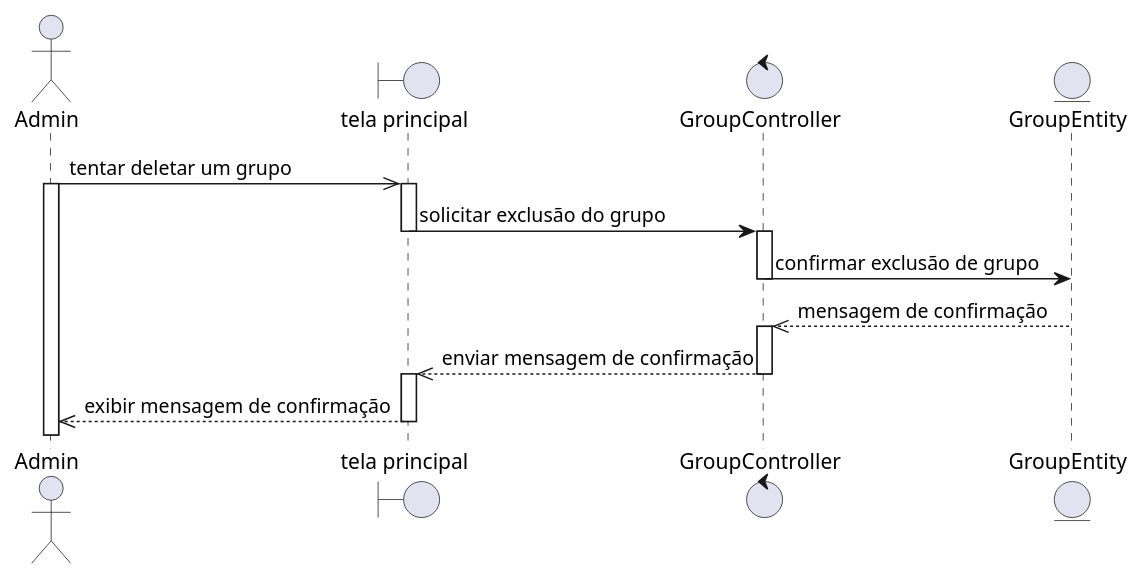
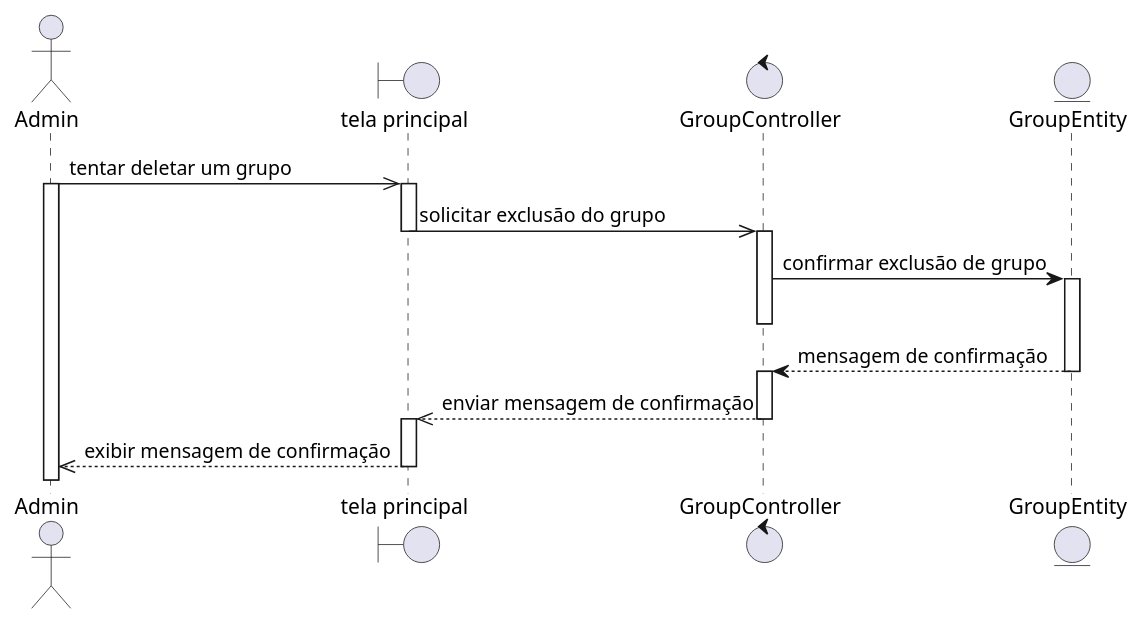
The diagram in sequence/admin/group.delete.seq.wsd (rodrigoRolim/CAdiagrams), drawn with PlantUML before and after one commit. The commit also changed 56 other files, not shown here.

Commit message:
diagrams

```diff
--- a/sequence/admin/group.delete.seq.wsd
+++ b/sequence/admin/group.delete.seq.wsd
@@ -1,22 +1,24 @@
 @startuml
 actor Admin
 boundary "tela principal" as grupo
 control GroupController
 entity GroupEntity
 
 Admin ->> grupo: tentar deletar um grupo
 activate Admin
 activate grupo
-grupo -> GroupController: solicitar exclusão do grupo
+grupo ->> GroupController: solicitar exclusão do grupo
 deactivate grupo
 activate GroupController
 GroupController -> GroupEntity: confirmar exclusão de grupo
+activate GroupEntity
 deactivate GroupController
-GroupEntity -->> GroupController: mensagem de confirmação
+GroupEntity --> GroupController: mensagem de confirmação
+deactivate GroupEntity
 activate GroupController
 GroupController -->> grupo: enviar mensagem de confirmação
 deactivate GroupController
 activate grupo
 grupo -->> Admin: exibir mensagem de confirmação
 deactivate grupo
 @enduml
```
